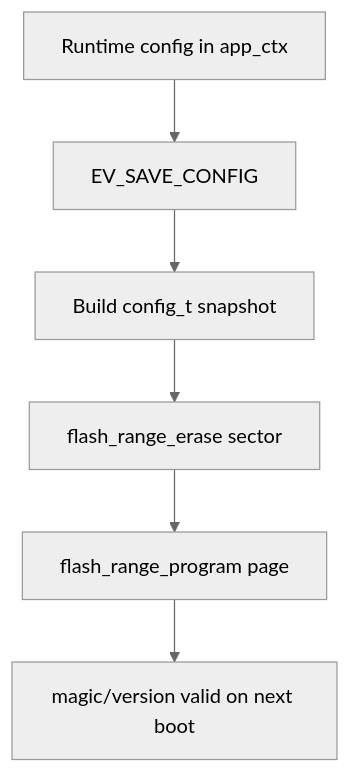
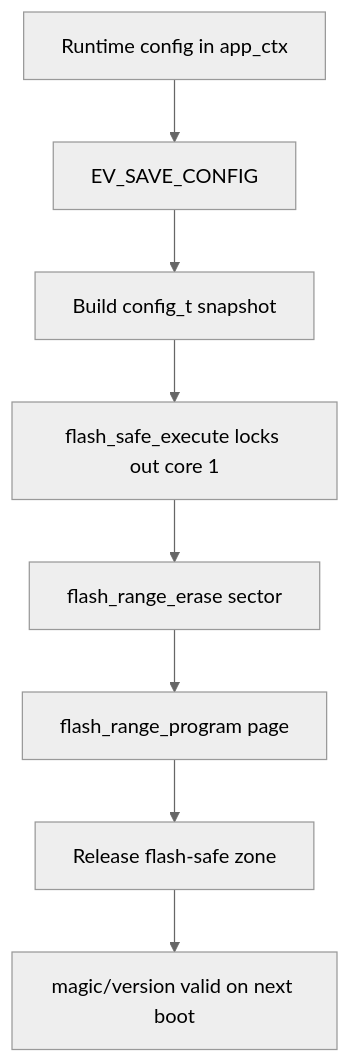
The sixth of 6 diagrams in SDD_SAD.md (daredem0/ether2ser), drawn with Mermaid (neutral theme) before and after one commit. The commit also changed other lines of this file and 56 other files, not shown here.

````diff
--- a/SDD_SAD.md
+++ b/SDD_SAD.md
@@ -318,8 +319,10 @@
 ```mermaid
 flowchart TD
     CFG[Runtime config in app_ctx] --> SAVE[EV_SAVE_CONFIG]
     SAVE --> SNAP[Build config_t snapshot]
-    SNAP --> ERASE[flash_range_erase sector]
+    SNAP --> LOCK[flash_safe_execute locks out core 1]
+    LOCK --> ERASE[flash_range_erase sector]
     ERASE --> PROG[flash_range_program page]
-    PROG --> VALID[magic/version valid on next boot]
+    PROG --> UNLOCK[Release flash-safe zone]
+    UNLOCK --> VALID[magic/version valid on next boot]
 ```
````
